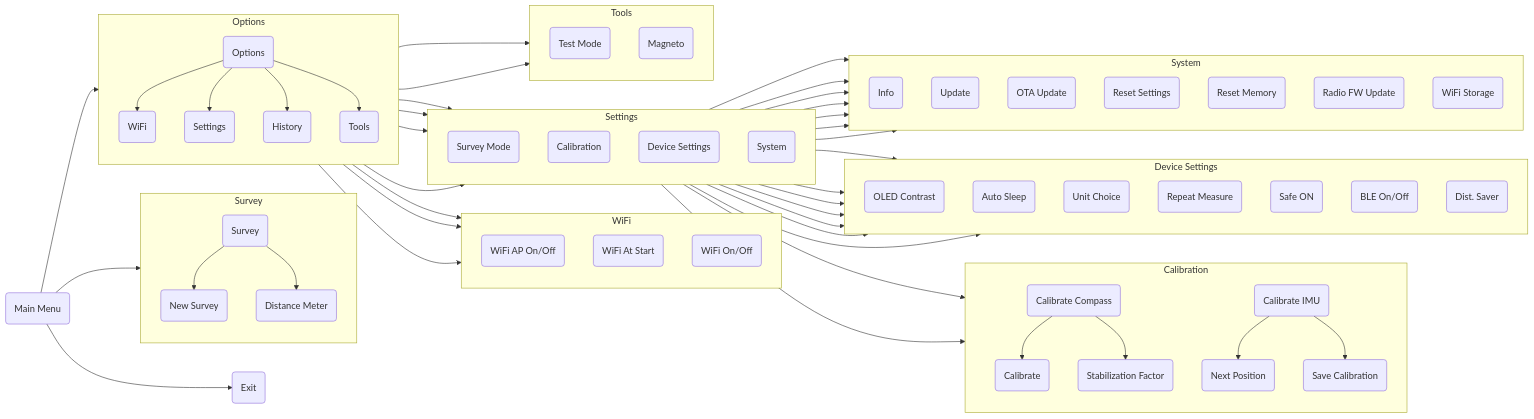
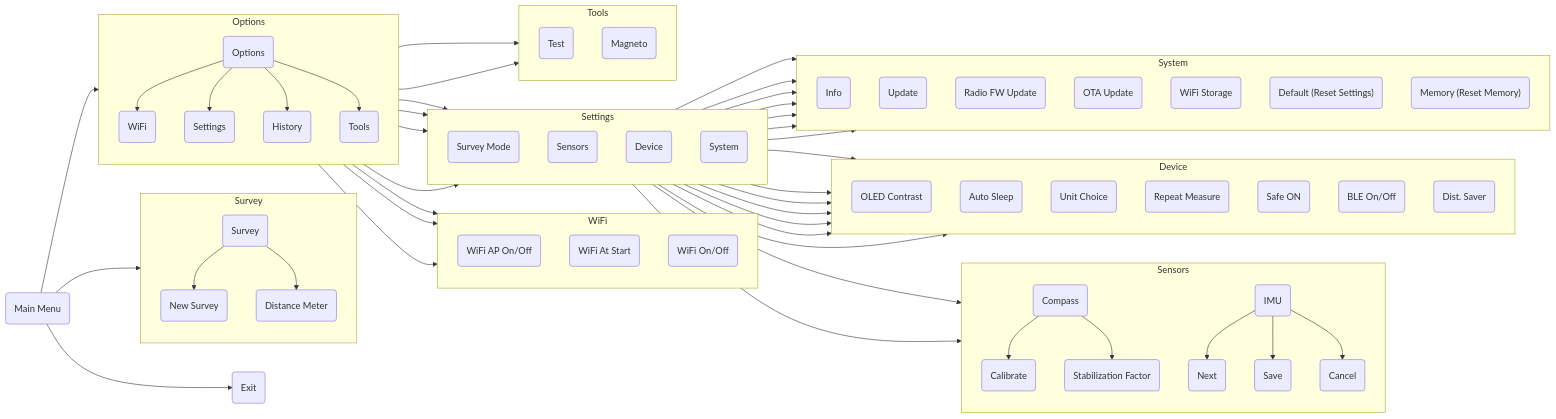
One commit to SebKister/JedEye-Documentation changed the diagram in website/docs/Menus-Overview.md. Above: the diagram before and after it, drawn with Mermaid. The commit also changed other lines of this file and 11 other files, not shown here.

```diff
--- a/website/docs/Menus-Overview.md
+++ b/website/docs/Menus-Overview.md
@@ -55,8 +57,8 @@
     subgraph SettingsMenu [Settings]
         direction TB
         SurveyMode(Survey Mode)
-        Calibration(Calibration)
-        DevSet(Device Settings)
+        Calibration(Sensors)
+        DevSet(Device)
         System(System)
         
         Settings --> SurveyMode
@@ -65,11 +67,11 @@
         Settings --> System
     end
     
-    %% Calibration Submenu
-    subgraph CalibrationMenu [Calibration]
+    %% Sensors (calibration) Submenu
+    subgraph CalibrationMenu [Sensors]
         direction TB
-        CalCompass(Calibrate Compass)
-        CalIMU(Calibrate IMU)
+        CalCompass(Compass)
+        CalIMU(IMU)
         
         Calibration --> CalCompass
         Calibration --> CalIMU
@@ -77,12 +79,13 @@
         CalCompass --> CalCompFast(Calibrate)
         CalCompass --> StabFactor(Stabilization Factor)
         
-        CalIMU --> NextPos(Next Position)
-        CalIMU --> SaveCalIMU(Save Calibration)
+        CalIMU --> NextPos(Next)
+        CalIMU --> SaveCalIMU(Save)
+        CalIMU --> CancelCalIMU(Cancel)
     end
     
     %% Device Settings Submenu
-    subgraph DeviceSettingsMenu [Device Settings]
+    subgraph DeviceSettingsMenu [Device]
         direction TB
         Contrast(OLED Contrast)
         AutoSleep(Auto Sleep)
@@ -107,26 +110,26 @@
         direction TB
         SysInfo(Info)
         Update(Update)
+        RadioFW(Radio FW Update)
         OTAUpdate(OTA Update)
-        ResetSet(Reset Settings)
-        ResetMem(Reset Memory)
-        RadioFW(Radio FW Update)
         WiFiStorage(WiFi Storage)
+        ResetSet("Default (Reset Settings)")
+        ResetMem("Memory (Reset Memory)")
         
         System --> SysInfo
         System --> Update
+        System --> RadioFW
         System --> OTAUpdate
+        System --> WiFiStorage
         System --> ResetSet
         System --> ResetMem
-        System --> RadioFW
-        System --> WiFiStorage
     end
 
     
     %% Tools Submenu
     subgraph ToolsMenu [Tools]
         direction TB
-        TestMode(Test Mode)
+        TestMode(Test)
         Magneto(Magneto)
 
         Tools --> TestMode
```
